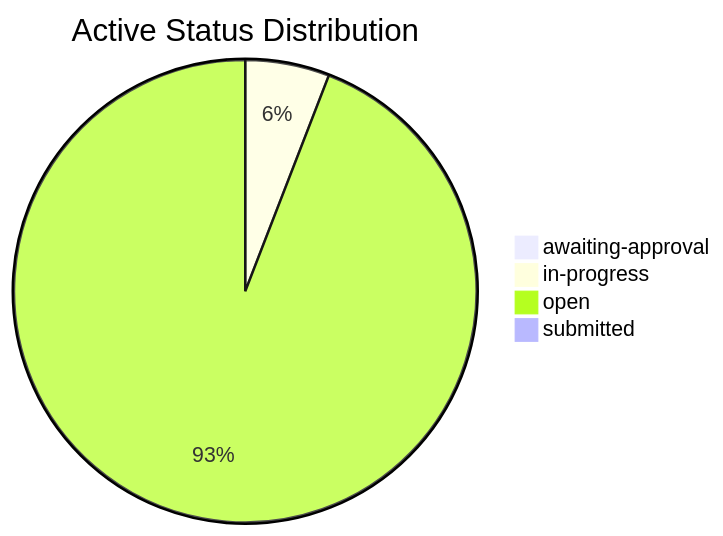
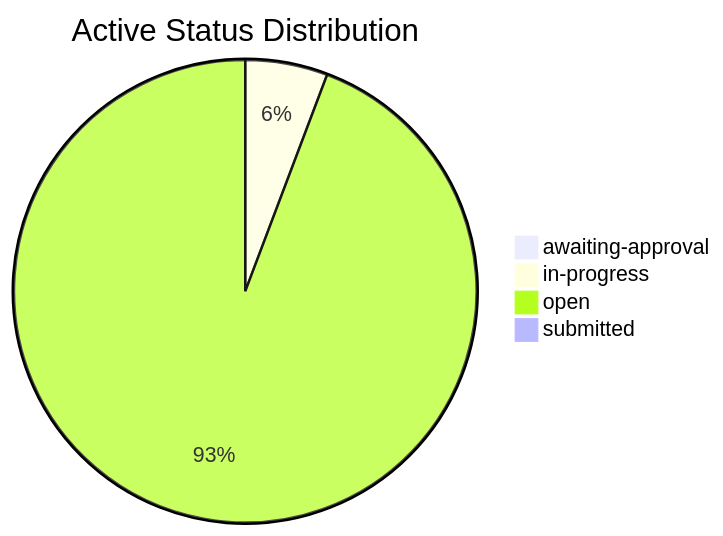
One commit to mgosal/5et.uk changed the second of 3 diagrams in dashboard.md. Above: the diagram before and after it, drawn with Mermaid. The commit also changed other lines of this file and 3 other files, not shown here.

````diff
--- a/dashboard.md
+++ b/dashboard.md
@@ -292,7 +465,7 @@
 ```mermaid
 pie title Active Status Distribution
     "awaiting-approval" : 1
     "in-progress" : 13
-    "open" : 208
+    "open" : 213
     "submitted" : 1
 ```
````
